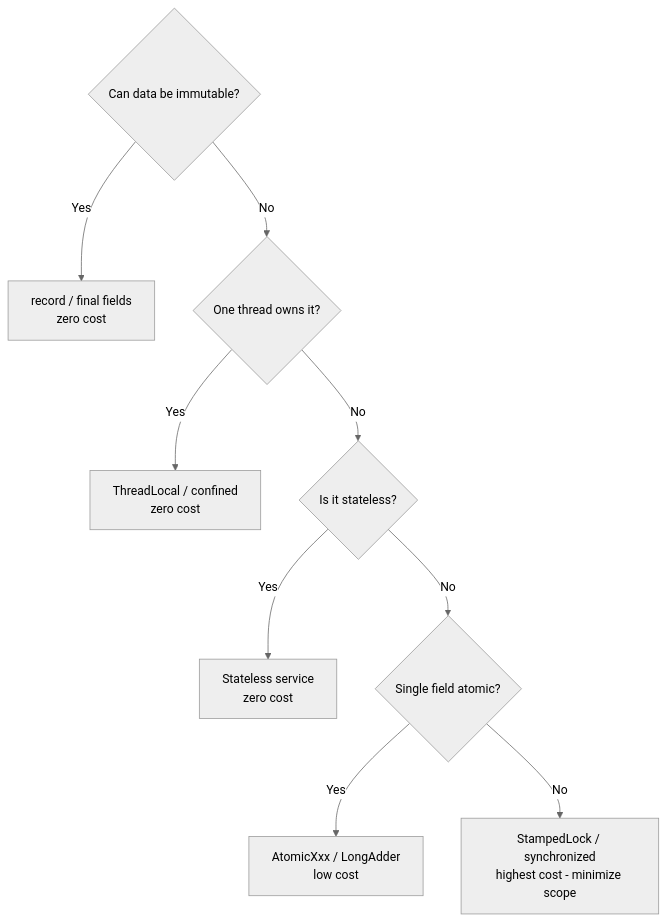
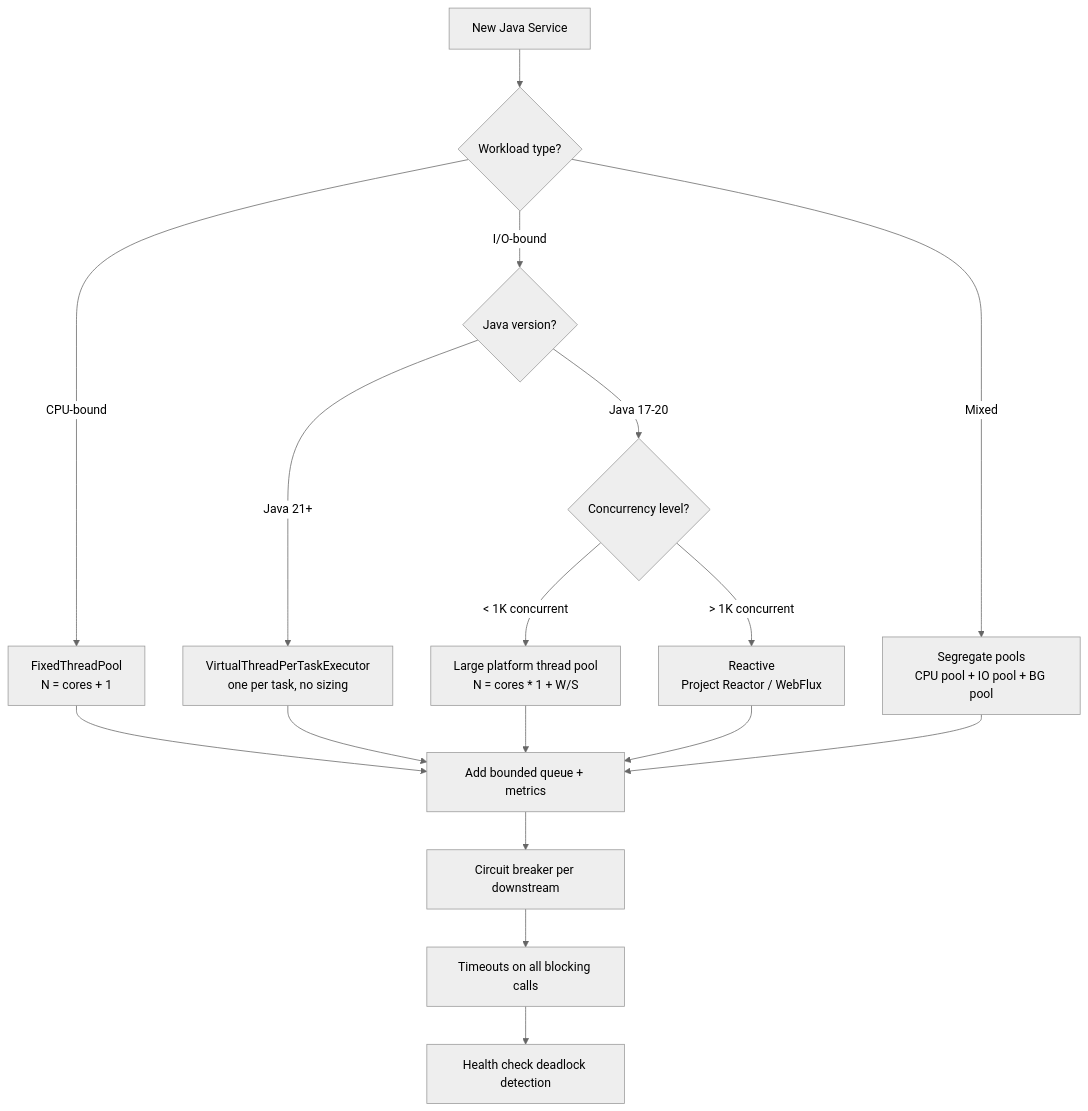
One commit to shivakrishnak/sk-int changed the diagram in docs/java-concurrency/Java Concurrency - L5 Architecture.md. Above: the diagram before and after it, drawn with Mermaid (neutral theme). The commit also changed other lines of this file and 466 other files, not shown here.

````diff
--- a/docs/java-concurrency/Java Concurrency - L5 Architecture.md
+++ b/docs/java-concurrency/Java Concurrency - L5 Architecture.md
@@ -780,11 +1246,19 @@
 ```mermaid
 flowchart TD
-    A{Can data be immutable?} -->|Yes| B[record / final fields\nzero cost]
-    A -->|No| C{One thread owns it?}
-    C -->|Yes| D[ThreadLocal / confined\nzero cost]
-    C -->|No| E{Is it stateless?}
-    E -->|Yes| F[Stateless service\nzero cost]
-    E -->|No| G{Single field atomic?}
-    G -->|Yes| H[AtomicXxx / LongAdder\nlow cost]
-    G -->|No| I[StampedLock / synchronized\nhighest cost - minimize scope]
+    A[New Java Service] --> B{Workload type?}
+    B -->|CPU-bound| C[FixedThreadPool<br/>N = cores + 1]
+    B -->|I/O-bound| D{Java version?}
+    D -->|Java 21+| E[VirtualThreadPerTaskExecutor<br/>one per task, no sizing]
+    D -->|Java 17-20| F{Concurrency level?}
+    F -->|< 1K concurrent| G[Large platform thread pool<br/>N = cores * 1 + W/S]
+    F -->|> 1K concurrent| H[Reactive<br/>Project Reactor / WebFlux]
+    B -->|Mixed| I[Segregate pools<br/>CPU pool + IO pool + BG pool]
+    C --> J[Add bounded queue + metrics]
+    E --> J
+    G --> J
+    H --> J
+    I --> J
+    J --> K[Circuit breaker per downstream]
+    K --> L[Timeouts on all blocking calls]
+    L --> M[Health check deadlock detection]
 ```
````
